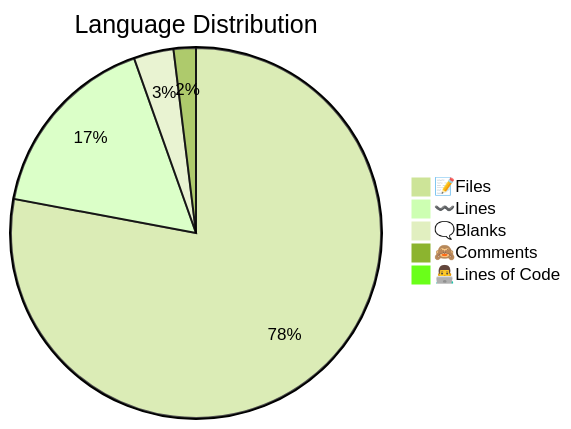
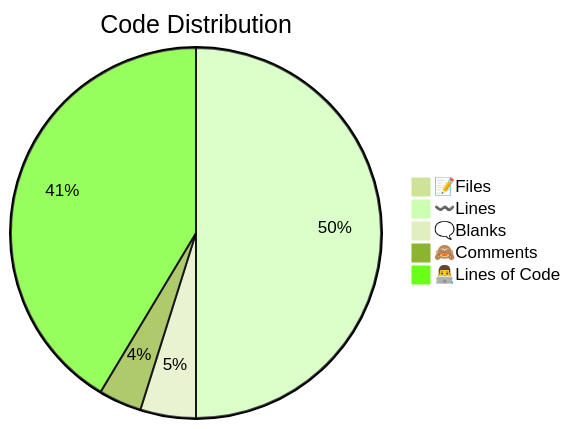
Before and after one commit to PyNetic/PyNetic: the second of 2 diagrams in .github/stats/Code Statistics.md, drawn with Mermaid (forest theme). The commit also changed other lines of this file, not shown here.

````diff
--- a/.github/stats/Code Statistics.md
+++ b/.github/stats/Code Statistics.md
@@ -2,8 +18,8 @@
 ```mermaid
-pie title Language Distribution
-    "📝Files" : 1524
-    "〰️Lines" : 325
-    "🗨️Blanks" : 68
-    "🙈Comments" : 38
-    "👨‍💻Lines of Code" : 8
+pie title Code Distribution
+    "📝Files" : 40
+    "〰️Lines" : 2586
+    "🗨️Blanks" : 251
+    "🙈Comments" : 194
+    "👨‍💻Lines of Code" : 2141
 ```
````
